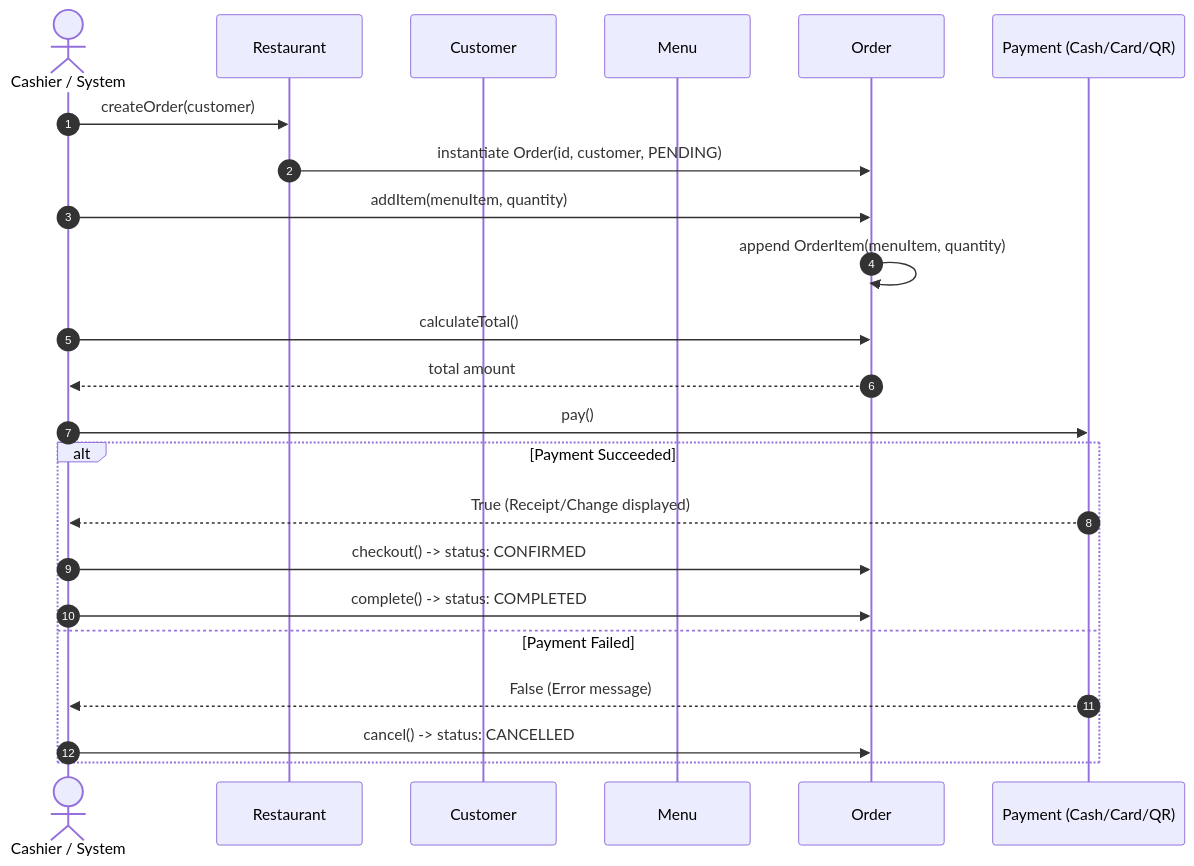
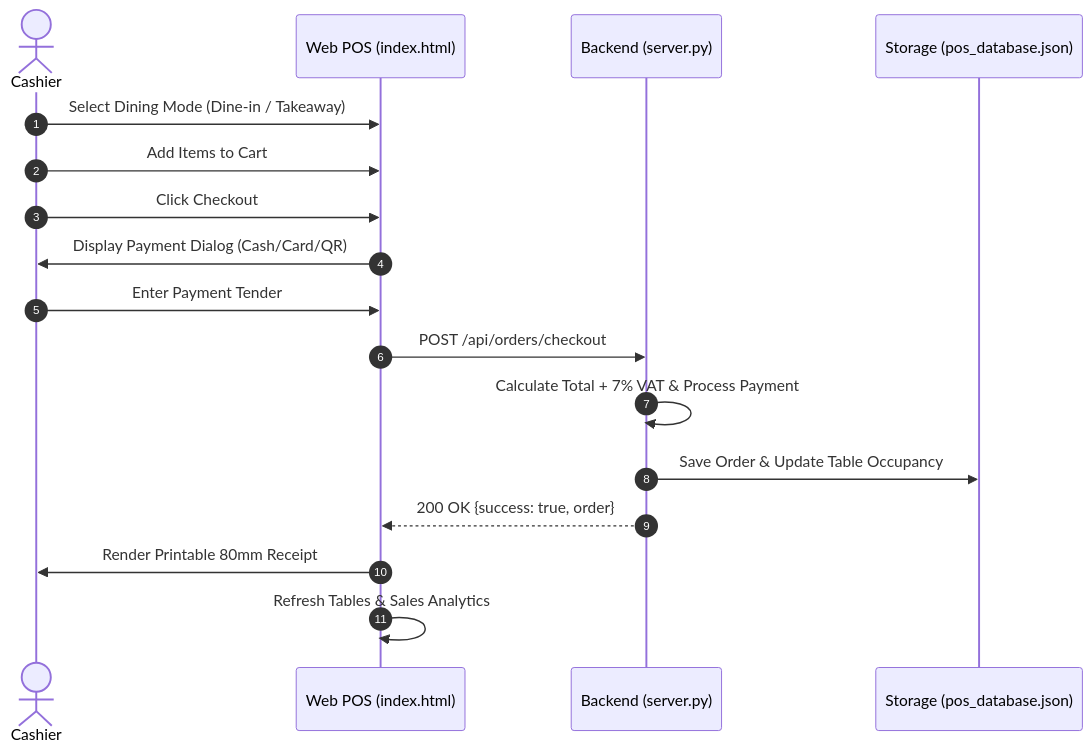
Before and after one commit to tudzydev/Restaurant-POS: the third of 3 diagrams in SPECIFICATION.md, drawn with Mermaid. The commit also changed other lines of this file and 9 other files, not shown here.

First line of the commit message:
feat: Enhance Restaurant POS with Table Management, Menu Manager, and Sales Analytics

````diff
--- a/SPECIFICATION.md
+++ b/SPECIFICATION.md
@@ -176,26 +212,20 @@
 ```mermaid
 sequenceDiagram
     autonumber
-    actor Staff as Cashier / System
-    participant R as Restaurant
-    participant C as Customer
-    participant M as Menu
-    participant O as Order
-    participant P as Payment (Cash/Card/QR)
+    actor Cashier
+    participant UI as Web POS (index.html)
+    participant API as Backend (server.py)
+    participant DB as Storage (pos_database.json)
 
-    Staff->>R: createOrder(customer)
-    R->>O: instantiate Order(id, customer, PENDING)
-    Staff->>O: addItem(menuItem, quantity)
-    O->>O: append OrderItem(menuItem, quantity)
-    Staff->>O: calculateTotal()
-    O-->>Staff: total amount
-    Staff->>P: pay()
-    alt Payment Succeeded
-        P-->>Staff: True (Receipt/Change displayed)
-        Staff->>O: checkout() -> status: CONFIRMED
-        Staff->>O: complete() -> status: COMPLETED
-    else Payment Failed
-        P-->>Staff: False (Error message)
-        Staff->>O: cancel() -> status: CANCELLED
-    end
+    Cashier->>UI: Select Dining Mode (Dine-in / Takeaway)
+    Cashier->>UI: Add Items to Cart
+    Cashier->>UI: Click Checkout
+    UI->>Cashier: Display Payment Dialog (Cash/Card/QR)
+    Cashier->>UI: Enter Payment Tender
+    UI->>API: POST /api/orders/checkout
+    API->>API: Calculate Total + 7% VAT & Process Payment
+    API->>DB: Save Order & Update Table Occupancy
+    API-->>UI: 200 OK {success: true, order}
+    UI->>Cashier: Render Printable 80mm Receipt
+    UI->>UI: Refresh Tables & Sales Analytics
 ```
````
